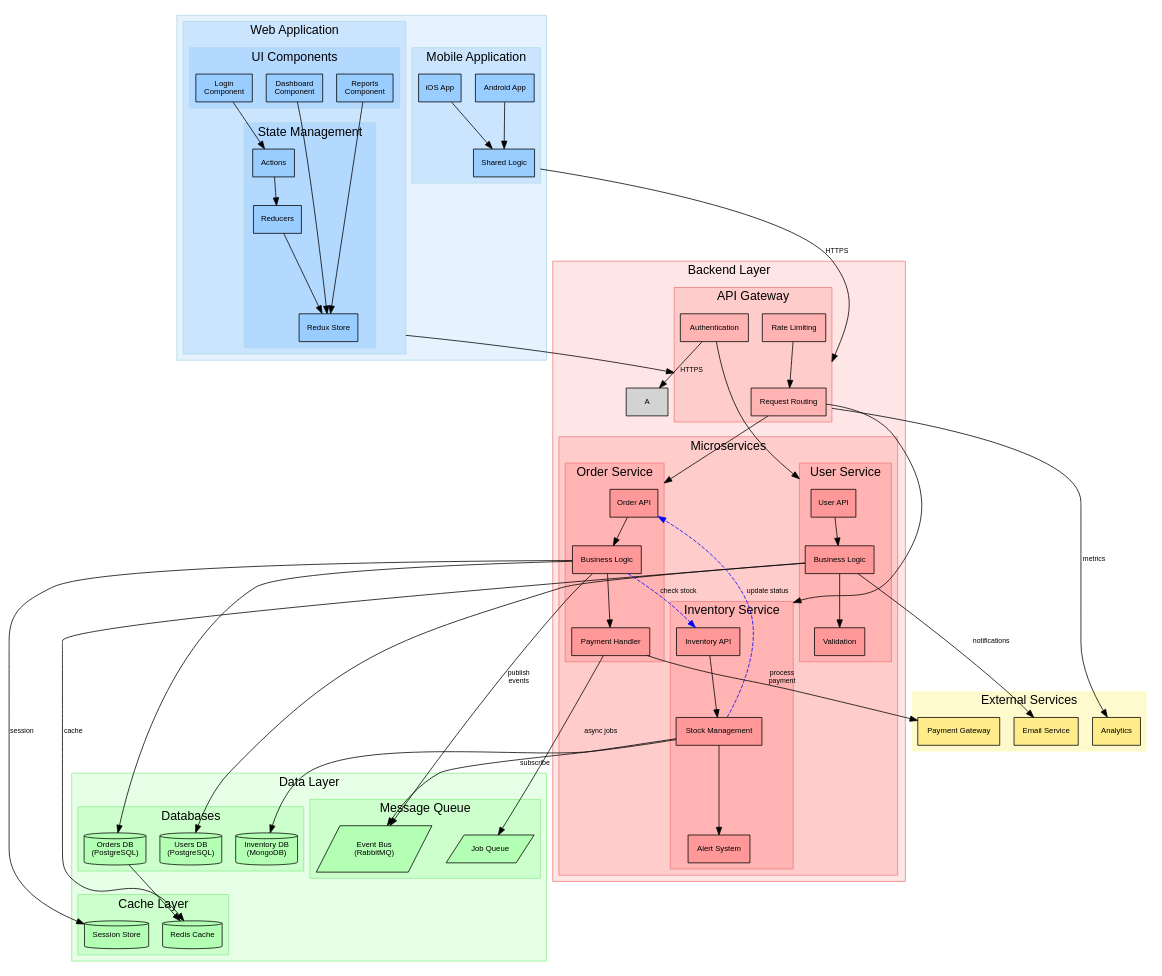
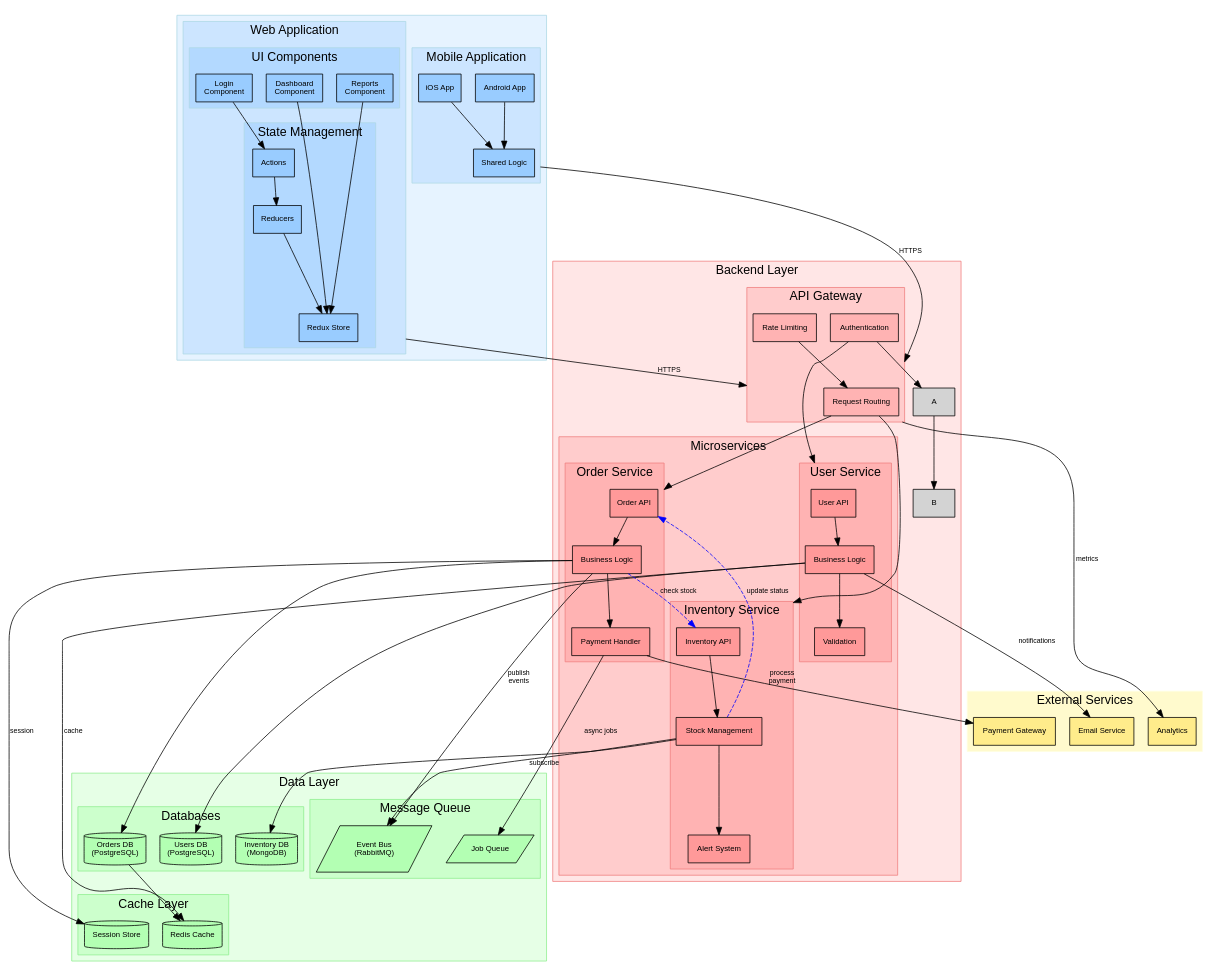
Before and after one commit to mert-kurttutan/layout: the diagram in inputs/complex_nested.dot, drawn with Graphviz. The commit also changed 11 other files, not shown here.

```diff
--- a/inputs/complex_nested.dot
+++ b/inputs/complex_nested.dot
@@ -71,7 +71,7 @@
             gw_ratelimit [label="Rate Limiting" fillcolor="#ffb3b3"];
         }
 
-        gw_auth -> A
+        gw_auth -> A -> B
         
         // Microservices
         subgraph cluster_services {
```
